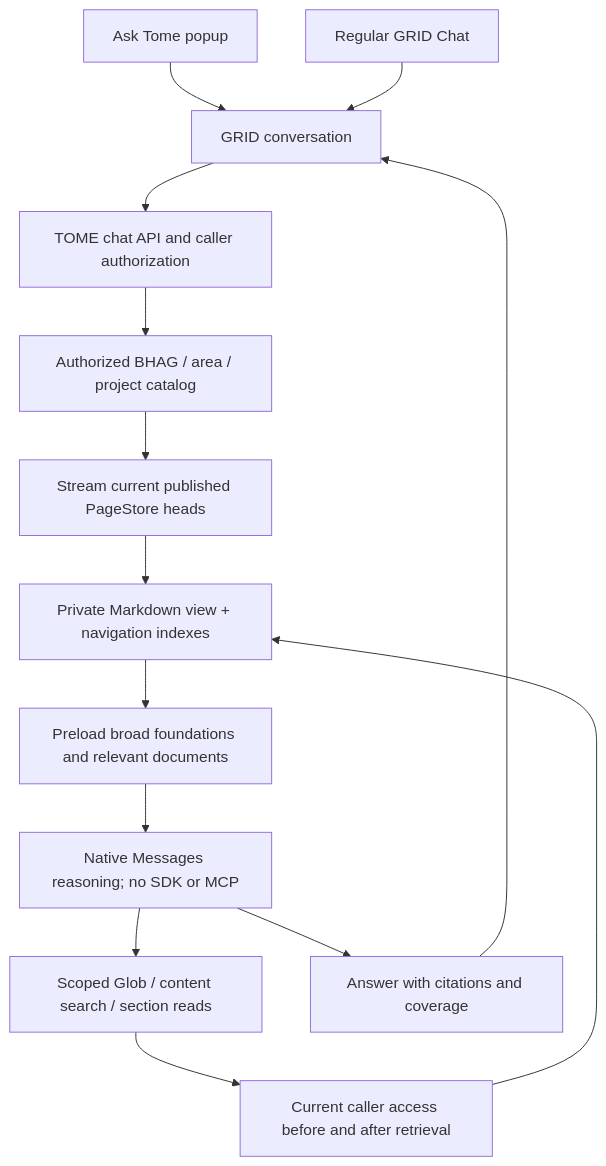
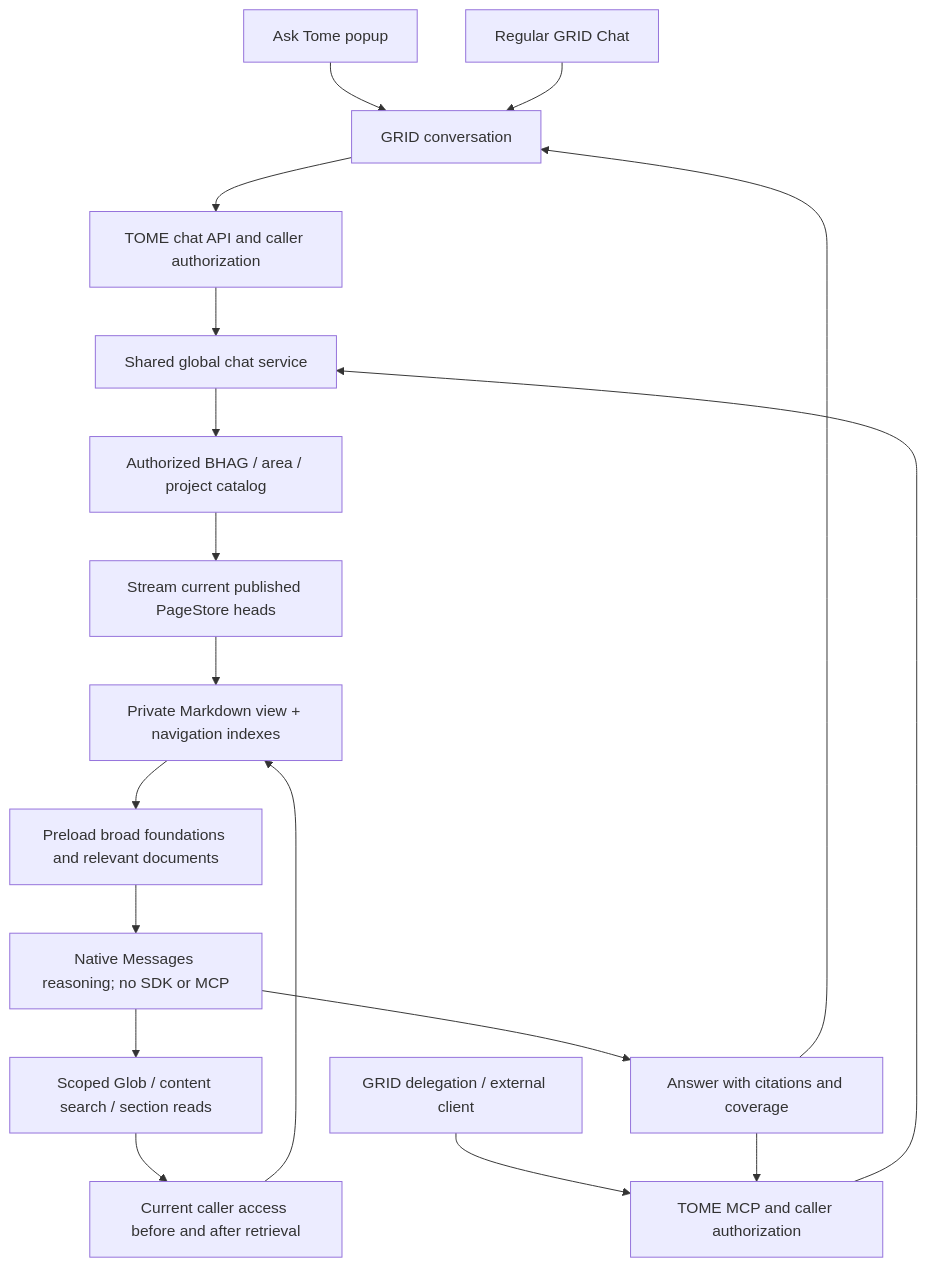
Before and after one commit to vaesposito/TOME-updatedUX: the diagram in docs/docs/architecture/tome-chat.md, drawn with Mermaid. The commit also changed other lines of this file and 11 other files, not shown here.

Commit message:
feat(tome): expose native global retrieval through MCP

````diff
--- a/docs/docs/architecture/tome-chat.md
+++ b/docs/docs/architecture/tome-chat.md
@@ -29,16 +29,20 @@
 ```mermaid
 flowchart TD
     Popup[Ask Tome popup] --> Chat[GRID conversation]
     Regular[Regular GRID Chat] --> Chat
     Chat --> BFF[TOME chat API and caller authorization]
-    BFF --> Catalog[Authorized BHAG / area / project catalog]
+    Delegate[GRID delegation / external client] --> MCP[TOME MCP and caller authorization]
+    BFF --> Service[Shared global chat service]
+    MCP --> Service
+    Service --> Catalog[Authorized BHAG / area / project catalog]
     Catalog --> Export[Stream current published PageStore heads]
     Export --> View[Private Markdown view + navigation indexes]
     View --> Context[Preload broad foundations and relevant documents]
     Context --> Reason[Native Messages reasoning; no SDK or MCP]
     Reason --> Tools[Scoped Glob / content search / section reads]
     Tools --> Access[Current caller access before and after retrieval]
     Access --> View
     Reason --> Citations[Answer with citations and coverage]
     Citations --> Chat
+    Citations --> MCP
 ```
````
